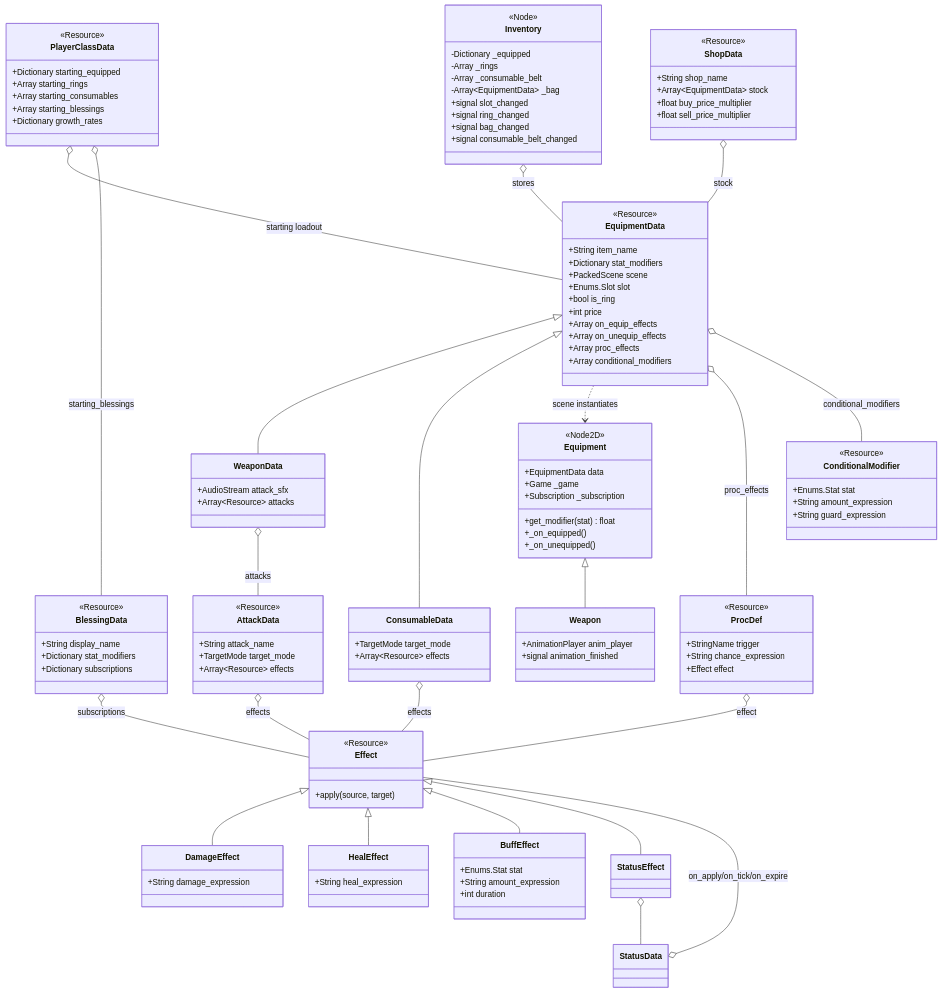
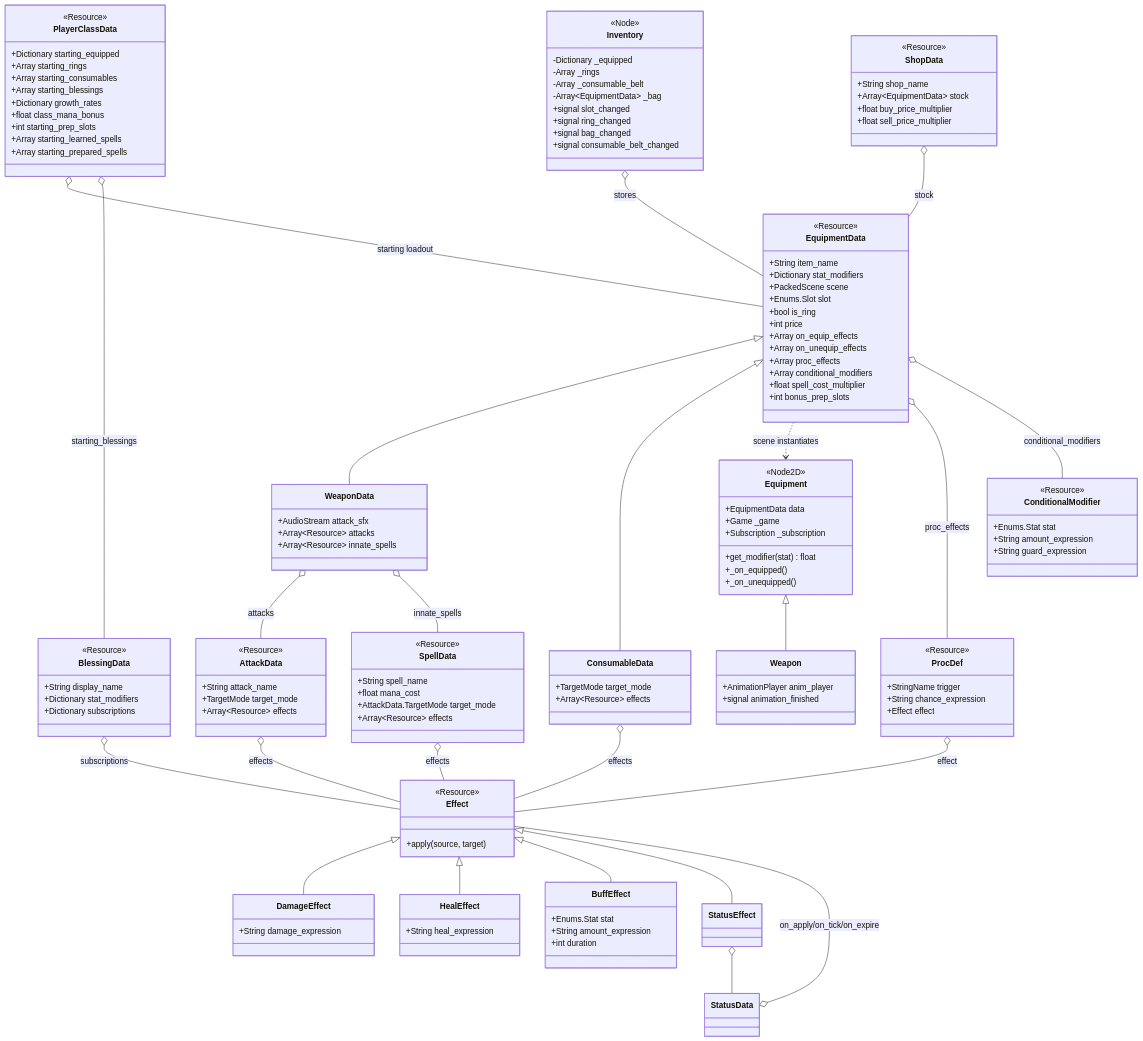
The fourth of 5 diagrams in journal/architecture.md (mjholder/crawler), drawn with Mermaid before and after one commit. The commit also changed other lines of this file and 33 other files, not shown here.

```diff
--- a/journal/architecture.md
+++ b/journal/architecture.md
@@ -189,6 +207,8 @@
         +Array on_unequip_effects
         +Array proc_effects
         +Array conditional_modifiers
+        +float spell_cost_multiplier
+        +int bonus_prep_slots
     }
     class ProcDef {
         <<Resource>>
@@ -205,11 +225,19 @@
     class WeaponData {
         +AudioStream attack_sfx
         +Array~Resource~ attacks
+        +Array~Resource~ innate_spells
     }
     class AttackData {
         <<Resource>>
         +String attack_name
         +TargetMode target_mode
+        +Array~Resource~ effects
+    }
+    class SpellData {
+        <<Resource>>
+        +String spell_name
+        +float mana_cost
+        +AttackData.TargetMode target_mode
         +Array~Resource~ effects
     }
     class Effect {
@@ -244,6 +272,10 @@
         +Array starting_consumables
         +Array starting_blessings
         +Dictionary growth_rates
+        +float class_mana_bonus
+        +int starting_prep_slots
+        +Array starting_learned_spells
+        +Array starting_prepared_spells
     }
     class ShopData {
         <<Resource>>
@@ -290,7 +322,9 @@
     BlessingData o-- Effect : subscriptions
     ShopData o-- EquipmentData : stock
     WeaponData o-- AttackData : attacks
+    WeaponData o-- SpellData : innate_spells
     AttackData o-- Effect : effects
+    SpellData o-- Effect : effects
     ConsumableData o-- Effect : effects
     Effect <|-- DamageEffect
     Effect <|-- HealEffect
```
